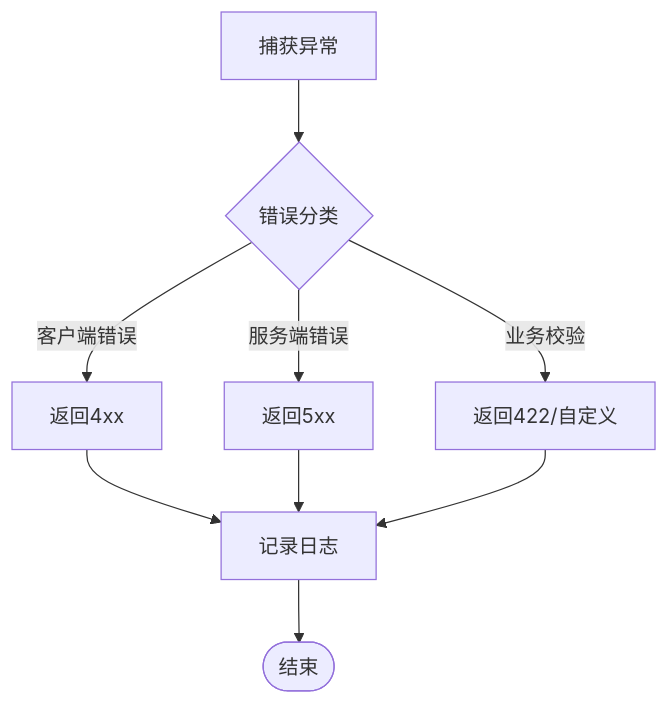
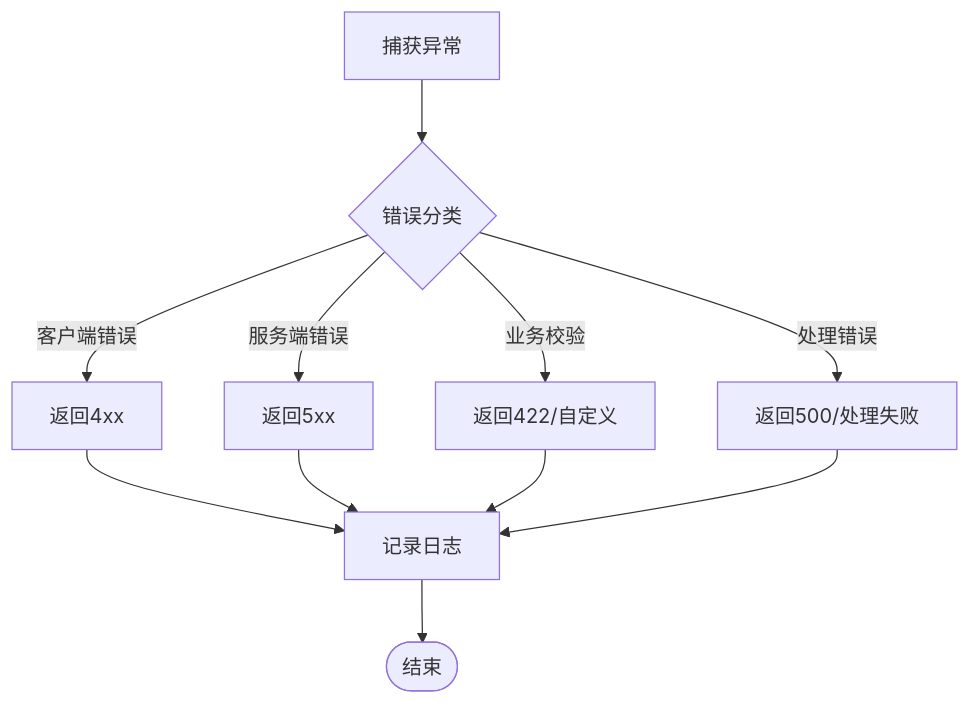
Before and after one commit to xufuyu/Lumen: the ninth of 11 diagrams in .qoder/repowiki/zh/content/后端开发/后端架构设计.md, drawn with Mermaid. The commit also changed other lines of this file and 43 other files, not shown here.

````diff
--- a/.qoder/repowiki/zh/content/后端开发/后端架构设计.md
+++ b/.qoder/repowiki/zh/content/后端开发/后端架构设计.md
@@ -428,11 +444,13 @@
 ```mermaid
 flowchart TD
 OnError["捕获异常"] --> Classify{"错误分类"}
 Classify --> |客户端错误| ClientErr["返回4xx"]
 Classify --> |服务端错误| ServerErr["返回5xx"]
 Classify --> |业务校验| ValidationErr["返回422/自定义"]
+Classify --> |处理错误| ProcessErr["返回500/处理失败"]
 ClientErr --> LogErr["记录日志"]
 ServerErr --> LogErr
 ValidationErr --> LogErr
+ProcessErr --> LogErr
 LogErr --> End(["结束"])
 ```
````
